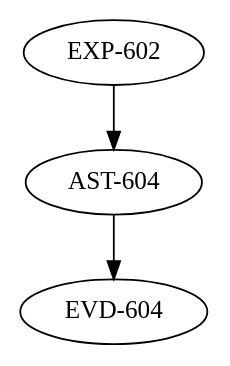
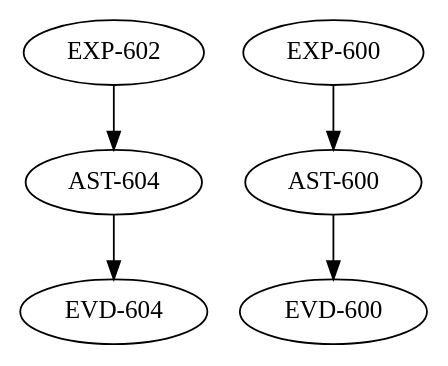
Before and after one commit to SEAME-pt/Team5_Senna_Tech: the diagram in .dotstop.dot, drawn with Graphviz. The commit also changed 13 other files, not shown here.

```diff
--- a/.dotstop.dot
+++ b/.dotstop.dot
@@ -1,10 +1,15 @@
 # This file is automatically generated by dotstop and should not be edited manually.
 # Generated using trustable 2025.12.18.
 
 digraph G {
 "EXP-602" [sha="dae39ec60bce947afcfbf6b5a06b7f1a4f390d3f65ff15456a3135b06f6251de"];
+"AST-600" [sha="81967c4991f336ffa4a30fd362b60f5e7c2891ffccc1400ddfd1de191a5490e2"];
 "AST-604" [sha="e28aad728690a7133f2117406de2f5f3e6149695f425dcd2e788445a211de9aa"];
+"EVD-600" [sha="ac3a34376abda4d15bc0920bb4c0f7987dea18d7a8323ce78966152297cbfaba"];
 "EVD-604" [sha="229b3c37129e26277d0c53440ce6460c4ea2b94fdad253d50e4c1bd888bb3d80"];
+"EXP-600" [sha="8627d297cd8be6af37f44bda481d6597510d323e14792bde09af437afe1738a9"];
 "EXP-602" -> "AST-604" [sha="4994c87a52183dc4afdb24c0e65746f8623f894586d0d7e04a56935fc0f20742"];
+"AST-600" -> "EVD-600" [sha="163517b33b33ce7fe791c7420b823d8eadec1fb71fb970e3c84b2fffa5d2a2a2"];
 "AST-604" -> "EVD-604" [sha="a262fe7dd9bf3d515a85e3087ef8618d784cf41a28b6e4b0095ff6140fd5aa58"];
+"EXP-600" -> "AST-600" [sha="59f11d449baa7b00bcdebca6bf7f6378d359a112eb5370fec6f6cc9a42c1ce80"];
 }
```
